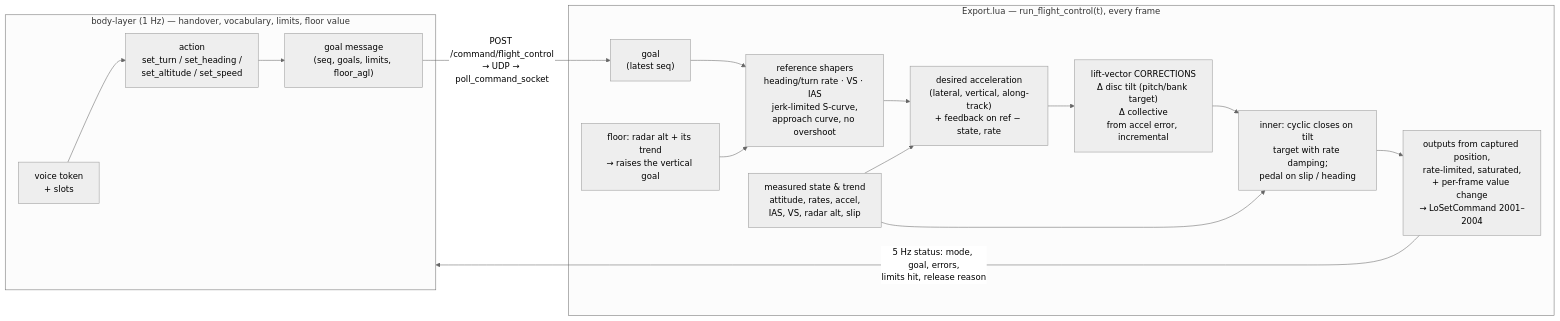
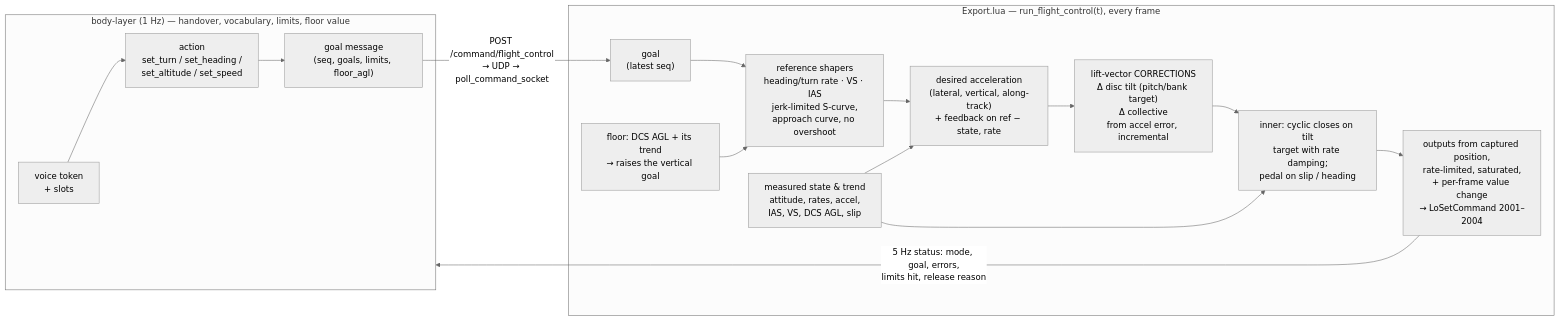
One commit to lightlyfallingrain/DCS-petrobrain changed the second of 3 diagrams in plans/flight-control/plan.md. Above: the diagram before and after it, drawn with Mermaid (neutral theme). The commit also changed other lines of this file, not shown here.

````diff
--- a/plans/flight-control/plan.md
+++ b/plans/flight-control/plan.md
@@ -79,19 +78,19 @@
 ```mermaid
 flowchart LR
   subgraph BL["body-layer (1 Hz) — handover, vocabulary, limits, floor value"]
     V["voice token\n+ slots"] --> A["action\nset_turn / set_heading /\nset_altitude / set_speed"]
     A --> GM["goal message\n(seq, goals, limits, floor_agl)"]
   end
   GM -->|"POST /command/flight_control\n→ UDP → poll_command_socket"| G
   subgraph EX["Export.lua — run_flight_control(t), every frame"]
     G["goal\n(latest seq)"] --> SH["reference shapers\nheading/turn rate · VS · IAS\njerk-limited S-curve,\napproach curve, no overshoot"]
-    F["floor: radar alt + its trend\n→ raises the vertical goal"] --> SH
+    F["floor: DCS AGL + its trend\n→ raises the vertical goal"] --> SH
     SH --> AD["desired acceleration\n(lateral, vertical, along-track)\n+ feedback on ref − state, rate"]
-    M["measured state & trend\nattitude, rates, accel,\nIAS, VS, radar alt, slip"] --> AD
+    M["measured state & trend\nattitude, rates, accel,\nIAS, VS, DCS AGL, slip"] --> AD
     AD --> LV["lift-vector CORRECTIONS\nΔ disc tilt (pitch/bank target)\nΔ collective\nfrom accel error, incremental"]
     LV --> IN["inner: cyclic closes on tilt\ntarget with rate damping;\npedal on slip / heading"]
     IN --> OUT["outputs from captured position,\nrate-limited, saturated,\n+ per-frame value change\n→ LoSetCommand 2001–2004"]
     M --> IN
   end
   OUT -->|"5 Hz status: mode, goal, errors,\nlimits hit, release reason"| BL
 ```
````
